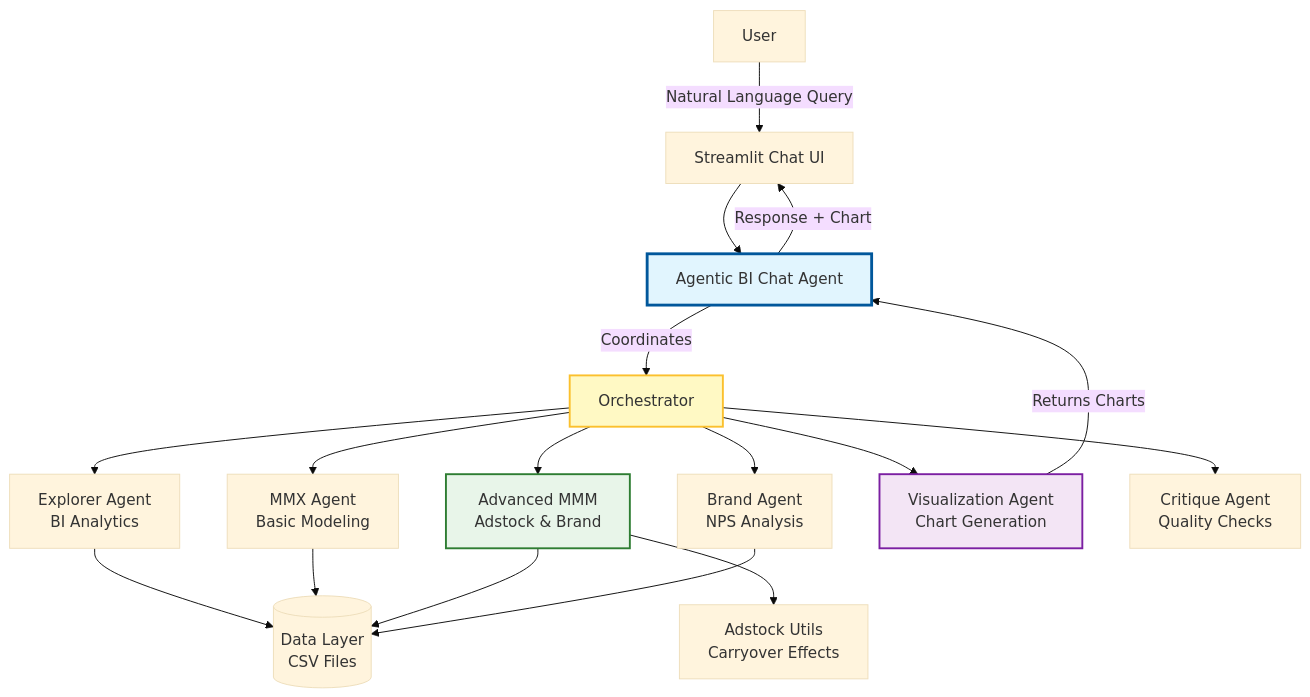
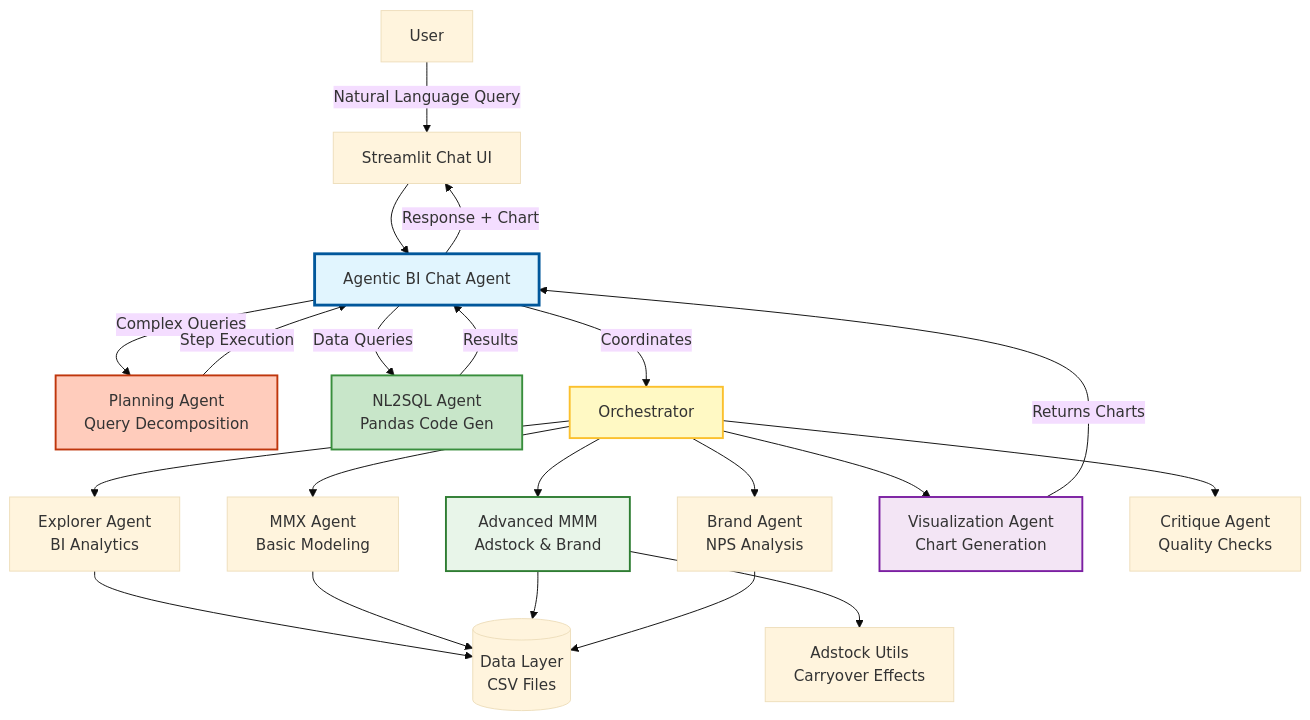
One commit to AvirupRoy2195/MMX_Agent changed the diagram in README.md. Above: the diagram before and after it, drawn with Mermaid (base theme). The commit also changed other lines of this file and 2 other files, not shown here.

Commit message:
Update documentation with Planning Agent, NL2SQL, and LLM setup instructions

````diff
--- a/README.md
+++ b/README.md
@@ -34,29 +40,36 @@
 ```mermaid
 graph TB
     User[User] -->|Natural Language Query| UI[Streamlit Chat UI]
     UI --> AgenticChat[Agentic BI Chat Agent]
     
+    AgenticChat -->|Complex Queries| Planner[Planning Agent<br/>Query Decomposition]
+    AgenticChat -->|Data Queries| NL2SQL[NL2SQL Agent<br/>Pandas Code Gen]
     AgenticChat -->|Coordinates| Orch[Orchestrator]
+    
+    Planner -->|Step Execution| AgenticChat
+    NL2SQL -->|Results| AgenticChat
     
     Orch --> Explorer[Explorer Agent<br/>BI Analytics]
     Orch --> MMX[MMX Agent<br/>Basic Modeling]
     Orch --> AdvMMM[Advanced MMM<br/>Adstock & Brand]
     Orch --> Brand[Brand Agent<br/>NPS Analysis]
     Orch --> Viz[Visualization Agent<br/>Chart Generation]
     Orch --> Critique[Critique Agent<br/>Quality Checks]
     
     Explorer --> Data[(Data Layer<br/>CSV Files)]
     MMX --> Data
     AdvMMM --> Data
     Brand --> Data
     
     AdvMMM --> Adstock[Adstock Utils<br/>Carryover Effects]
     
     Viz -->|Returns Charts| AgenticChat
     AgenticChat -->|Response + Chart| UI
     
     style AgenticChat fill:#e1f5fe,stroke:#01579b,stroke-width:3px
+    style Planner fill:#ffccbc,stroke:#bf360c,stroke-width:2px
+    style NL2SQL fill:#c8e6c9,stroke:#388e3c,stroke-width:2px
     style Orch fill:#fff9c4,stroke:#fbc02d,stroke-width:2px
     style AdvMMM fill:#e8f5e9,stroke:#2e7d32,stroke-width:2px
     style Viz fill:#f3e5f5,stroke:#7b1fa2,stroke-width:2px
 ```
````
